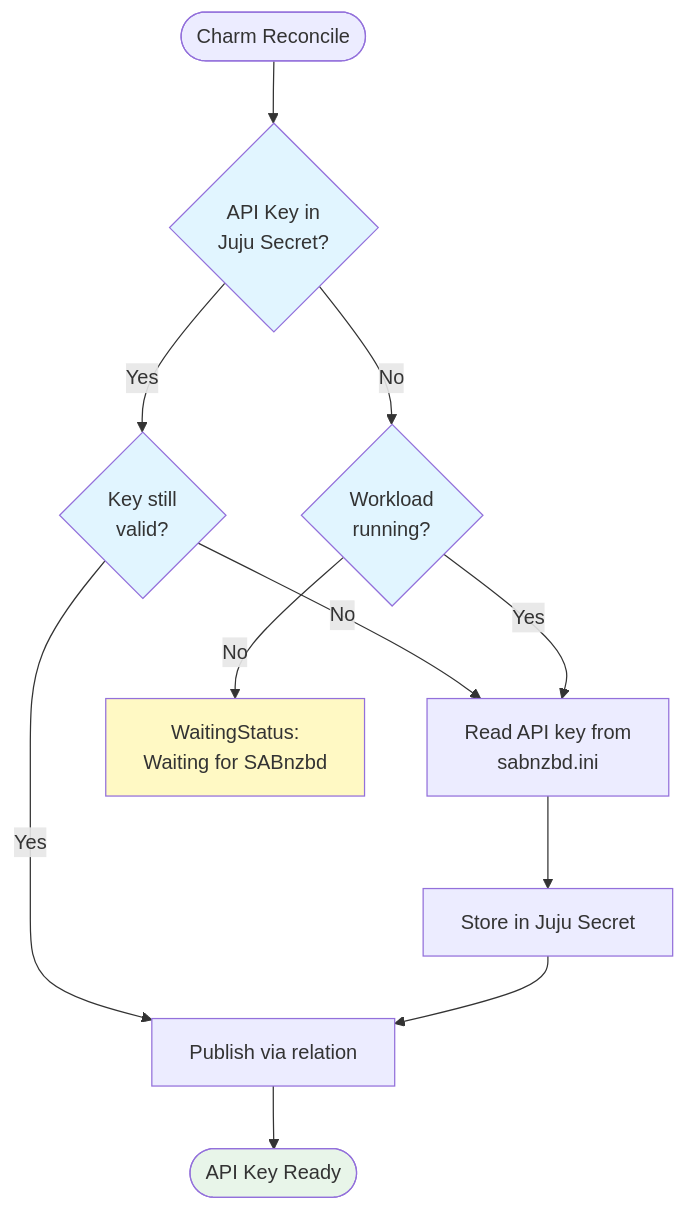
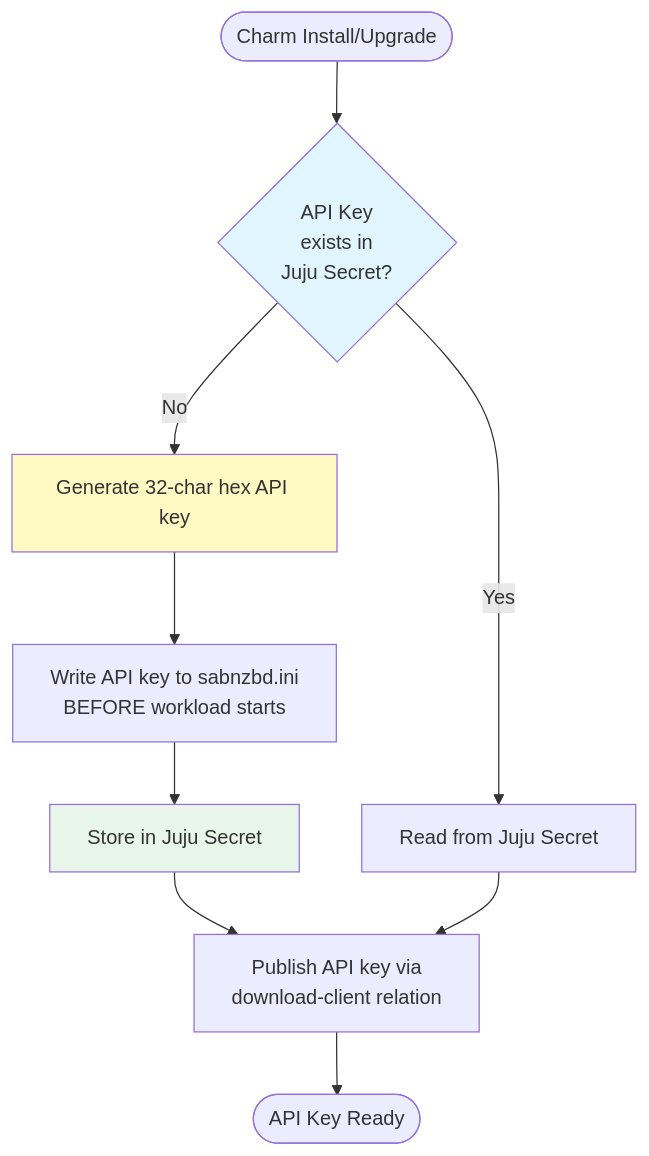
The second of 4 diagrams in adr/apps/adr-007-qbit-sabnzbd.md (charmarr/charmarr-meta), drawn with Mermaid before and after one commit. The commit also changed other lines of this file, not shown here.

````diff
--- a/adr/apps/adr-007-qbit-sabnzbd.md
+++ b/adr/apps/adr-007-qbit-sabnzbd.md
@@ -76,22 +76,18 @@
 ```mermaid
 flowchart TD
-    Start([Charm Reconcile]) --> Check{API Key in<br/>Juju Secret?}
-    
-    Check -->|Yes| Verify{Key still<br/>valid?}
-    Verify -->|Yes| Publish[Publish via relation]
-    Verify -->|No| Read
-    
-    Check -->|No| Ready{Workload<br/>running?}
-    Ready -->|No| Wait[WaitingStatus:<br/>Waiting for SABnzbd]
-    Ready -->|Yes| Read[Read API key from<br/>sabnzbd.ini]
-    
-    Read --> Store[Store in Juju Secret]
-    Store --> Publish
+    Start([Charm Install/Upgrade]) --> Check{API Key<br/>exists in<br/>Juju Secret?}
+
+    Check -->|No| Gen[Generate 32-char hex API key]
+    Gen --> Write[Write API key to sabnzbd.ini<br/>BEFORE workload starts]
+    Write --> Secret[Store in Juju Secret]
+    Secret --> Publish[Publish API key via<br/>download-client relation]
+
+    Check -->|Yes| Read[Read from Juju Secret]
+    Read --> Publish
+
     Publish --> Done([API Key Ready])
-    
+
     style Check fill:#e1f5ff
-    style Verify fill:#e1f5ff
-    style Ready fill:#e1f5ff
-    style Wait fill:#fff9c4
-    style Done fill:#e8f5e9
+    style Gen fill:#fff9c4
+    style Secret fill:#e8f5e9
 ```
````
